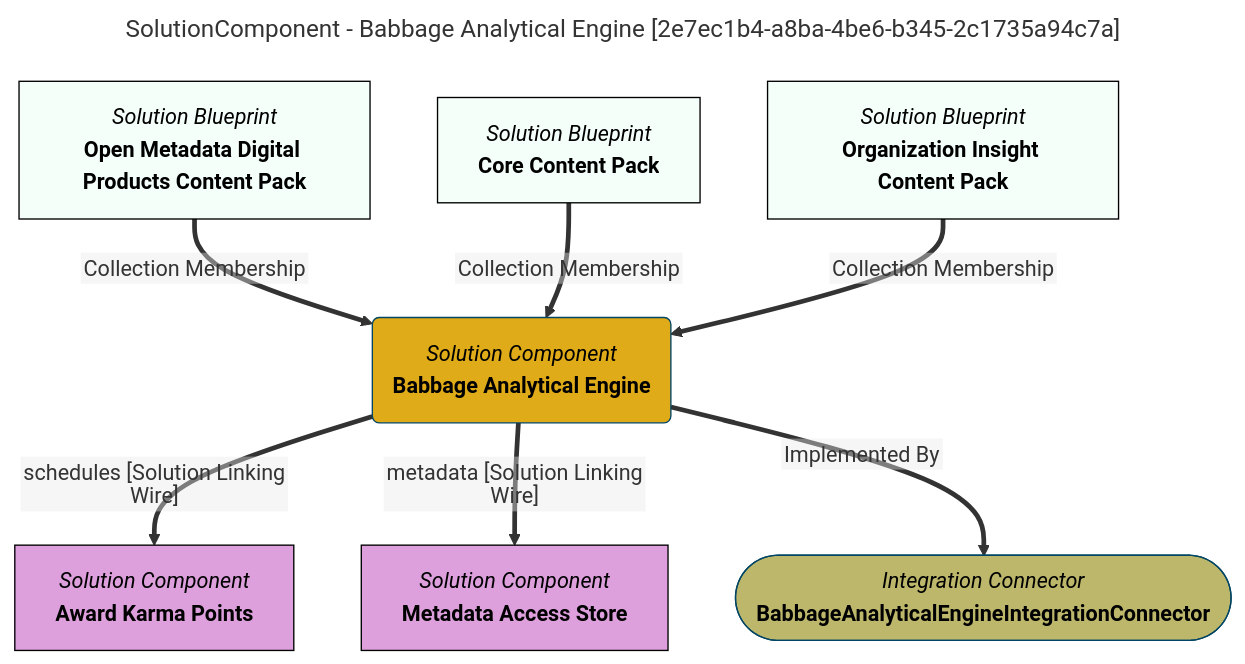
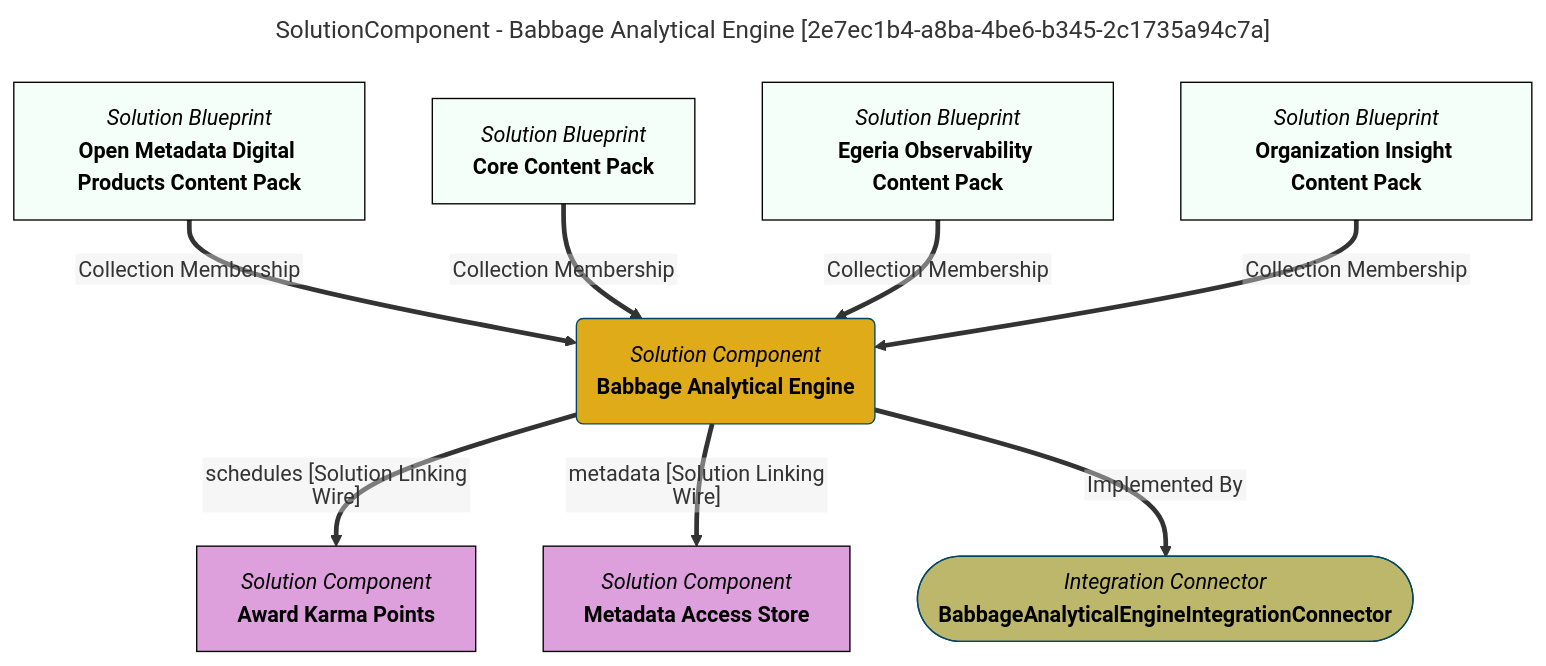
One commit to odpi/egeria-docs changed the diagram in site/snippets/blueprints/components/babbageanalyticalengine-mermaid-graph.md. Above: the diagram before and after it, drawn with Mermaid. The commit also changed 2201 other files, not shown here.

````diff
--- a/site/snippets/blueprints/components/babbageanalyticalengine-mermaid-graph.md
+++ b/site/snippets/blueprints/components/babbageanalyticalengine-mermaid-graph.md
@@ -1,38 +1,42 @@
 ```mermaid
 ---
 title: SolutionComponent - Babbage Analytical Engine [2e7ec1b4-a8ba-4be6-b345-2c1735a94c7a]
 ---
 flowchart TD
 %%{init: {"flowchart": {"htmlLabels": false}} }%%
 
 1@{ shape: rounded, label: "*Solution Component*
 **Babbage Analytical Engine**"}
 2@{ shape: rect, label: "*Solution Blueprint*
 **Open Metadata Digital Products Content Pack**"}
 2==>|"Collection Membership"|1
 3@{ shape: rect, label: "*Solution Blueprint*
 **Core Content Pack**"}
 3==>|"Collection Membership"|1
 4@{ shape: rect, label: "*Solution Blueprint*
+**Egeria Observability Content Pack**"}
+4==>|"Collection Membership"|1
+5@{ shape: rect, label: "*Solution Blueprint*
 **Organization Insight Content Pack**"}
-4==>|"Collection Membership"|1
-5@{ shape: rect, label: "*Solution Component*
+5==>|"Collection Membership"|1
+6@{ shape: rect, label: "*Solution Component*
 **Award Karma Points**"}
-1==>|"schedules [Solution Linking Wire]"|5
-6@{ shape: rect, label: "*Solution Component*
+1==>|"schedules [Solution Linking Wire]"|6
+7@{ shape: rect, label: "*Solution Component*
 **Metadata Access Store**"}
-1==>|"metadata [Solution Linking Wire]"|6
-7@{ shape: stadium, label: "*Integration Connector*
+1==>|"metadata [Solution Linking Wire]"|7
+8@{ shape: stadium, label: "*Integration Connector*
 **BabbageAnalyticalEngineIntegrationConnector**"}
-1==>|"Implemented By"|7
+1==>|"Implemented By"|8
 style 1 color:#000000, fill:#e0ab18, stroke:#004563
 style 2 color:#000000, fill:#f5fffa, stroke:#000000
 style 3 color:#000000, fill:#f5fffa, stroke:#000000
 style 4 color:#000000, fill:#f5fffa, stroke:#000000
-style 5 color:#000000, fill:#dda0dd, stroke:#000000
-style 6 color:#000000, fill:#dda0dd, stroke:#000000
-style 7 color:#000000, fill:#bdb76b, stroke:#004563
+style 5 color:#000000, fill:#f5fffa, stroke:#000000
+style 6 color:#000000, fill:#DDA0DD, stroke:#000000
+style 7 color:#000000, fill:#DDA0DD, stroke:#000000
+style 8 color:#000000, fill:#BDB76B, stroke:#004563
 click 1 "https://egeria-project.org/concepts/integration-connector/" "Click for more documentation" _blank
-click 5 "https://egeria-project.org/concepts/governance-action-type/" "Click for more documentation" _blank
-click 6 "https://egeria-project.org/concepts/metadata-access-store/" "Click for more documentation" _blank
+click 6 "https://egeria-project.org/concepts/governance-action-type/" "Click for more documentation" _blank
+click 7 "https://egeria-project.org/concepts/metadata-access-store/" "Click for more documentation" _blank
 ```
````
